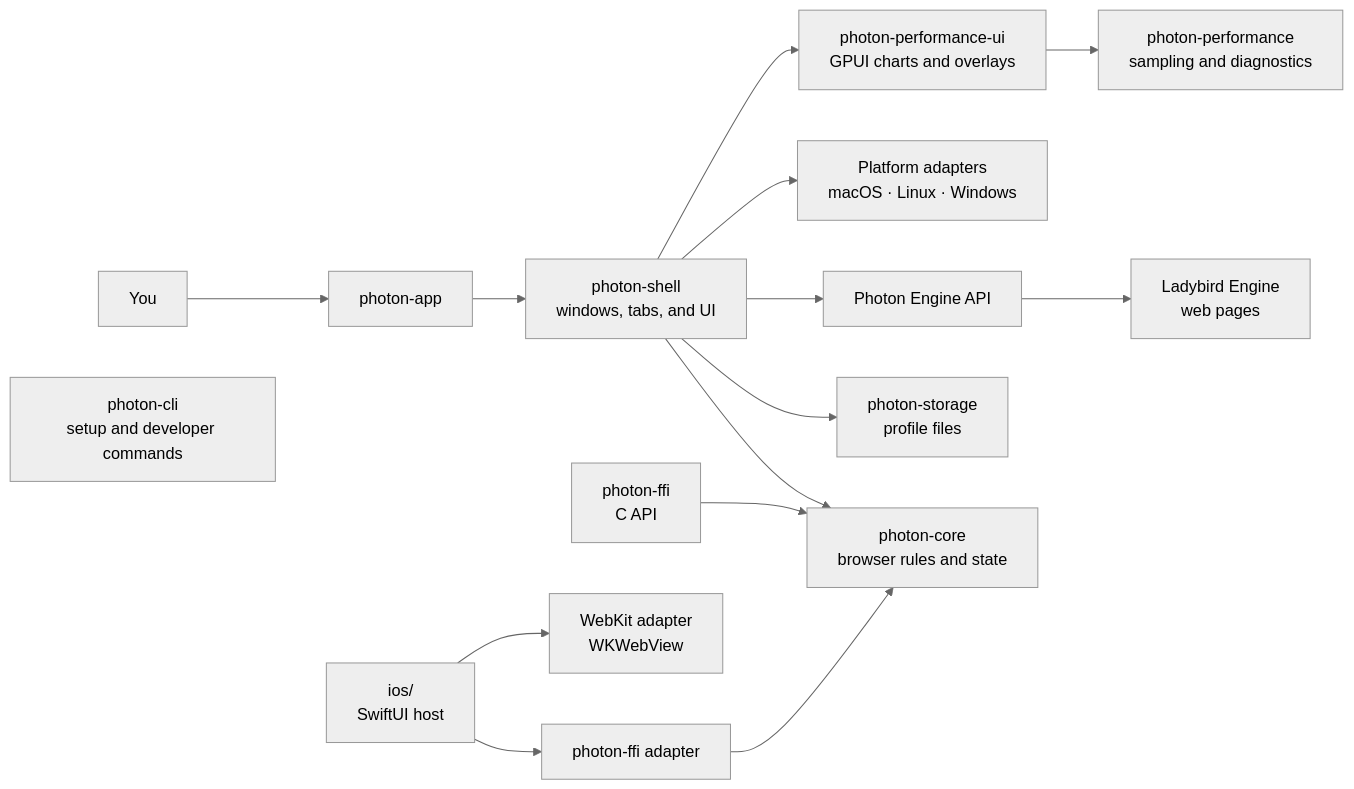
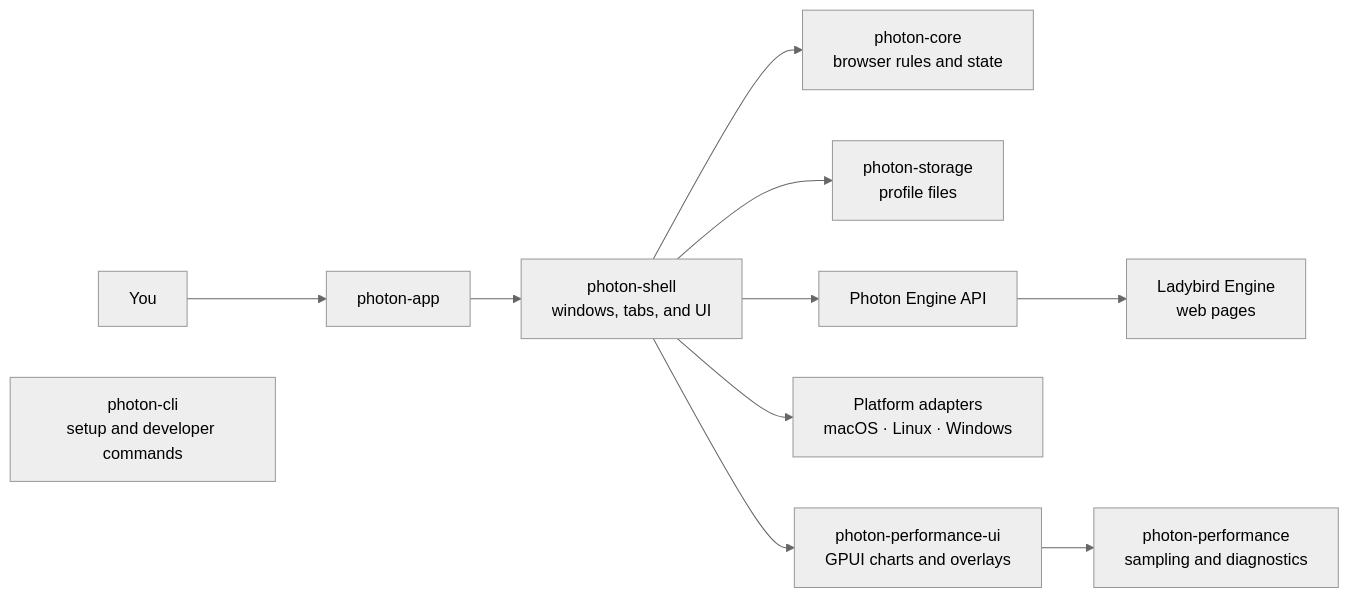
One commit to PhotonBrowser/photon changed the diagram in README.md. Above: the diagram before and after it, drawn with Mermaid (neutral theme). The commit also changed other lines of this file and 14 other files, not shown here.

````diff
--- a/README.md
+++ b/README.md
@@ -57,17 +57,13 @@
 ```mermaid
 flowchart LR
     User[You] --> App[photon-app]
     App --> Shell[photon-shell<br/>windows, tabs, and UI]
     Shell --> Core[photon-core<br/>browser rules and state]
     Shell --> Storage[photon-storage<br/>profile files]
     Shell --> Embedder[Photon Engine API]
     Embedder --> Engine[Ladybird Engine<br/>web pages]
     Shell --> Platform[Platform adapters<br/>macOS · Linux · Windows]
     Shell --> PerfUI[photon-performance-ui<br/>GPUI charts and overlays]
     PerfUI --> Perf[photon-performance<br/>sampling and diagnostics]
-    FFI[photon-ffi<br/>C API] --> Core
     CLI[photon-cli<br/>setup and developer commands]
-    IOS[ios/<br/>SwiftUI host] --> IOSFFI[photon-ffi adapter]
-    IOS --> IOSWebKit[WebKit adapter<br/>WKWebView]
-    IOSFFI --> Core
 ```
````
